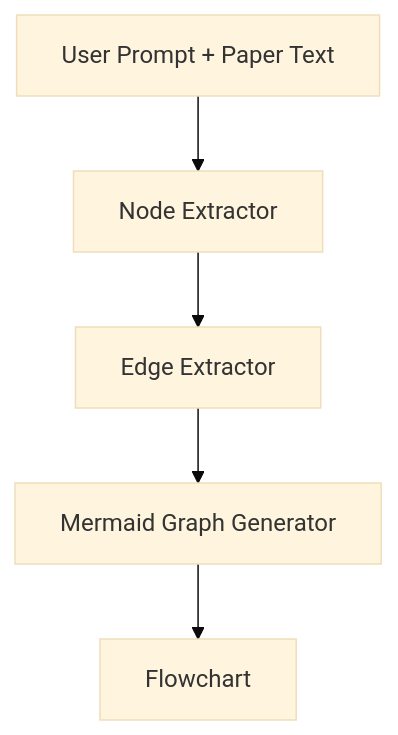
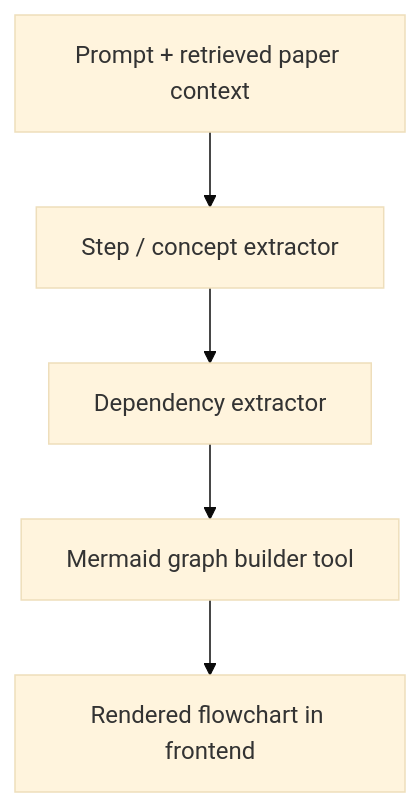
Before and after one commit to thaituanUIT/ResearchAssistAgent: the second of 2 diagrams in README.md, drawn with Mermaid (base theme). The commit also changed other lines of this file and 2 other files, not shown here.

````diff
--- a/README.md
+++ b/README.md
@@ -46,7 +53,7 @@
 ```mermaid
 graph TD
-A[User Prompt + Paper Text] --> B[Node Extractor]
-B --> C[Edge Extractor]
-C --> D[Mermaid Graph Generator]
-D --> E[Flowchart]
+    A[Prompt + retrieved paper context] --> B[Step / concept extractor]
+    B --> C[Dependency extractor]
+    C --> D[Mermaid graph builder tool]
+    D --> E[Rendered flowchart in frontend]
 ```
````
